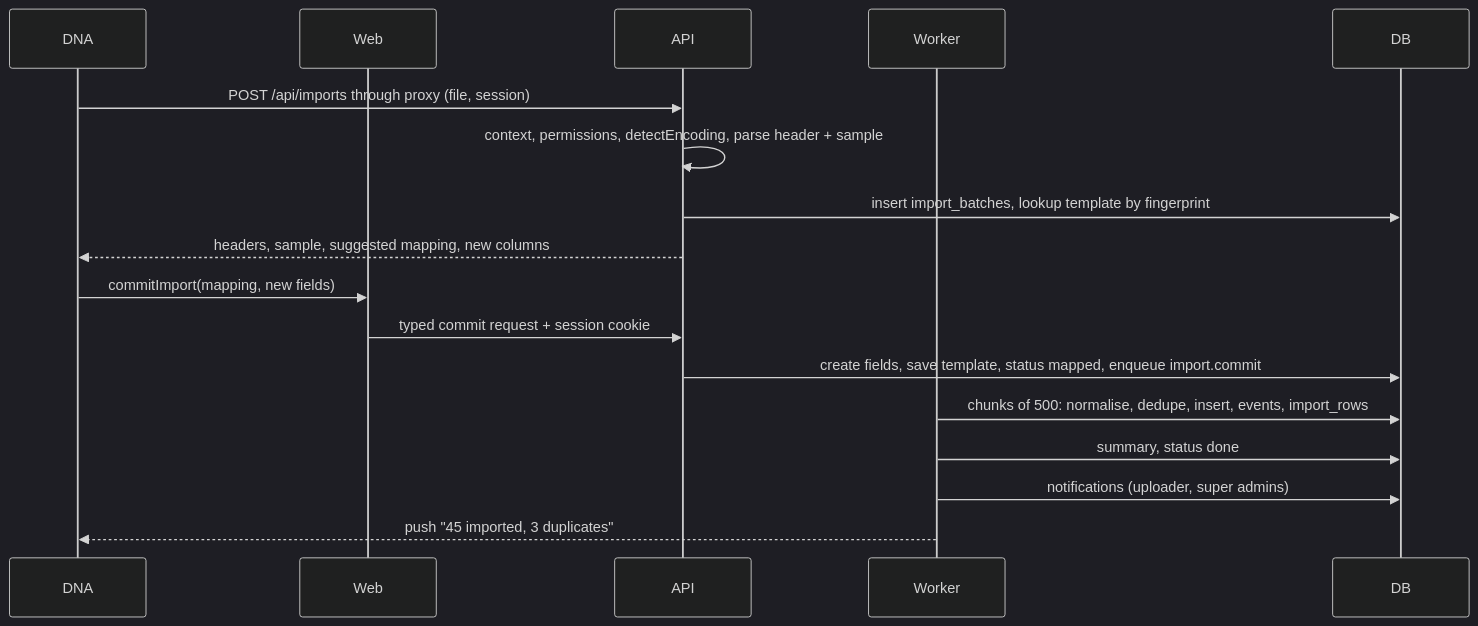
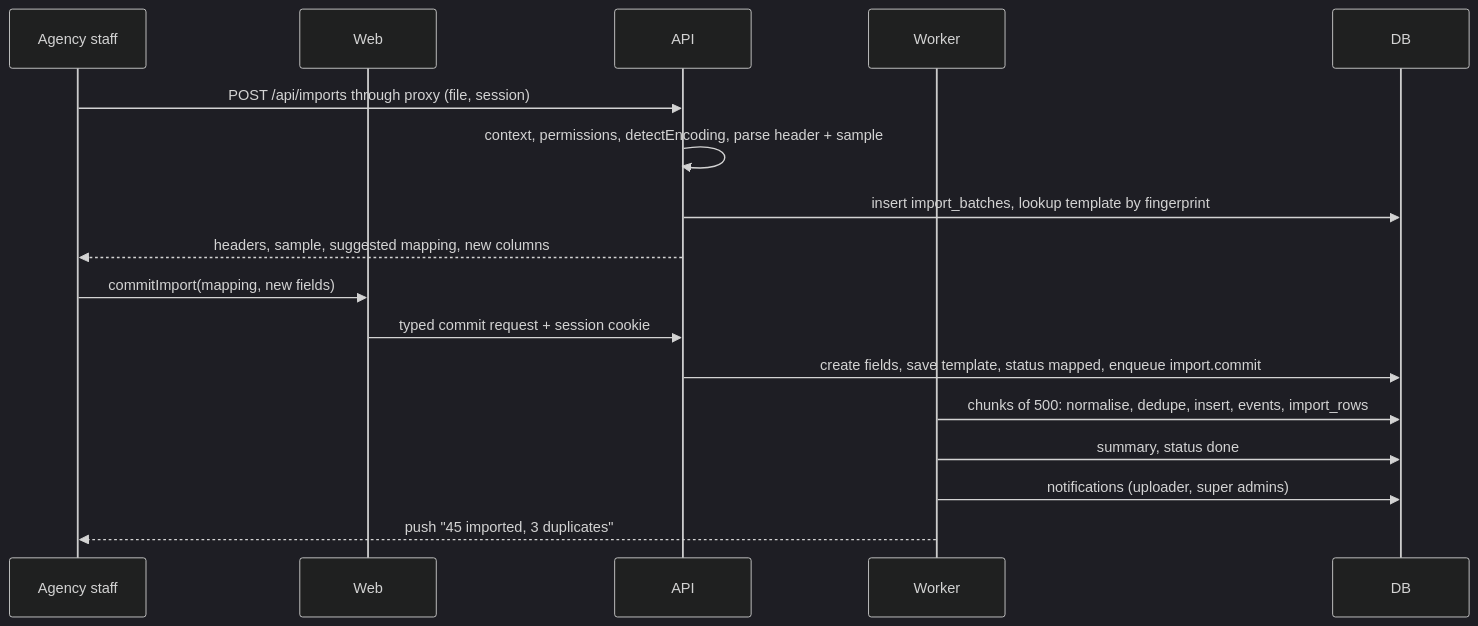
Before and after one commit to iranjaya/anar: the fourth of 4 diagrams in docs/developer-design.md, drawn with Mermaid (dark theme). The commit also changed other lines of this file and 1 other file, not shown here.

````diff
--- a/docs/developer-design.md
+++ b/docs/developer-design.md
@@ -601,19 +584,19 @@
 ```mermaid
 sequenceDiagram
-  participant DNA
+  participant Agency as Agency staff
   participant Web
   participant API
   participant Worker
   participant DB
-  DNA->>API: POST /api/imports through proxy (file, session)
+  Agency->>API: POST /api/imports through proxy (file, session)
   API->>API: context, permissions, detectEncoding, parse header + sample
   API->>DB: insert import_batches, lookup template by fingerprint
-  API-->>DNA: headers, sample, suggested mapping, new columns
-  DNA->>Web: commitImport(mapping, new fields)
+  API-->>Agency: headers, sample, suggested mapping, new columns
+  Agency->>Web: commitImport(mapping, new fields)
   Web->>API: typed commit request + session cookie
   API->>DB: create fields, save template, status mapped, enqueue import.commit
   Worker->>DB: chunks of 500: normalise, dedupe, insert, events, import_rows
   Worker->>DB: summary, status done
   Worker->>DB: notifications (uploader, super admins)
-  Worker-->>DNA: push "45 imported, 3 duplicates"
+  Worker-->>Agency: push "45 imported, 3 duplicates"
 ```
````
